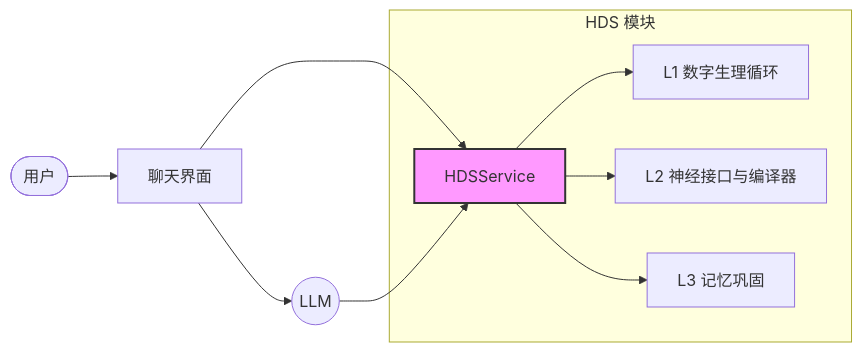
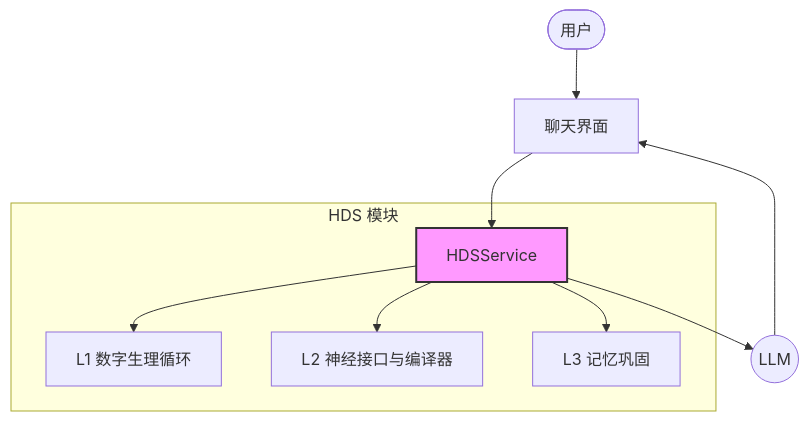
The diagram in docs/08-applications.md (ApolloEddy/Homeostatic_Dynamics_System), drawn with Mermaid before and after one commit. The commit also changed other lines of this file and 11 other files, not shown here.

````diff
--- a/docs/08-applications.md
+++ b/docs/08-applications.md
@@ -36,17 +36,16 @@
 ```mermaid
-graph LR
+graph TD
     User([用户]) --> ChatUI[聊天界面]
-    ChatUI --> LLM((LLM))
-    
+    ChatUI --> HDS[HDSService]
+
     subgraph "HDS 模块"
-        HDS[HDSService]
         HDS --> L1[L1 数字生理循环]
         HDS --> L2[L2 神经接口与编译器]
         HDS --> L3[L3 记忆巩固]
     end
-    
-    ChatUI --> HDS
-    LLM --> HDS
+
+    HDS --> LLM((LLM))
+    LLM --> ChatUI
     
     style HDS fill:#f9f,stroke:#333,stroke-width:2px
 ```
````
